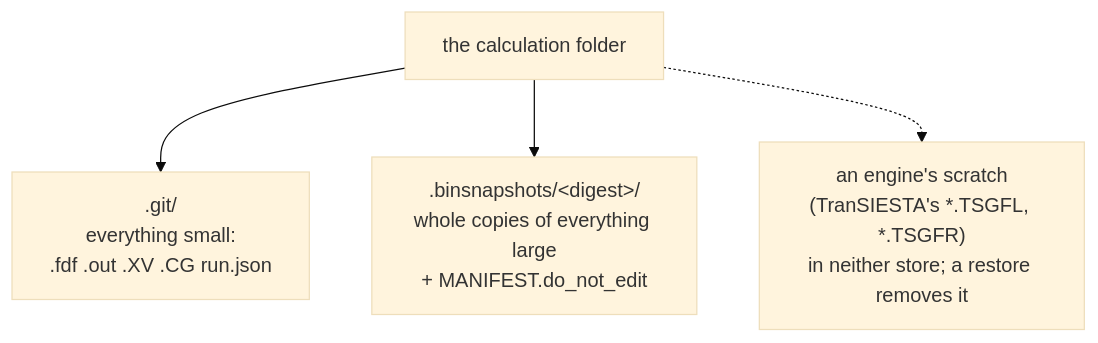
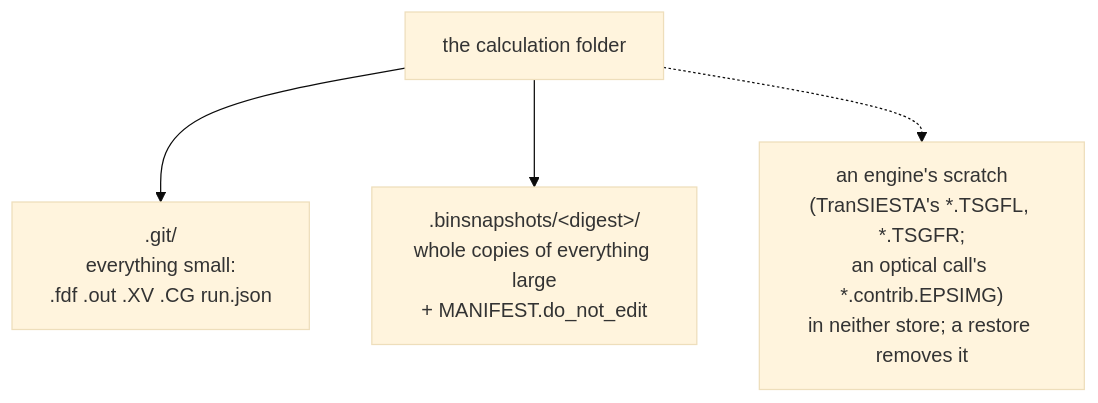
The sixth of 6 diagrams in docs/execution/running-a-job.md (Qing-LAB/molbuilder), drawn with Mermaid (base theme) before and after one commit. The commit also changed other lines of this file and 114 other files, not shown here.

````diff
--- a/docs/execution/running-a-job.md
+++ b/docs/execution/running-a-job.md
@@ -1292,10 +1292,10 @@
 ```mermaid
 flowchart TD
     RD["the calculation folder"]
     G[".git/<br/>everything small:<br/>.fdf .out .XV .CG run.json"]
     B[".binsnapshots/&lt;digest&gt;/<br/>whole copies of everything large<br/>+ MANIFEST.do_not_edit"]
-    S["an engine's scratch<br/>(TranSIESTA's *.TSGFL, *.TSGFR)<br/>in neither store; a restore removes it"]
+    S["an engine's scratch<br/>(TranSIESTA's *.TSGFL, *.TSGFR;<br/>an optical call's *.contrib.EPSIMG)<br/>in neither store; a restore removes it"]
     RD --> G
     RD --> B
     RD -.-> S
 ```
````
